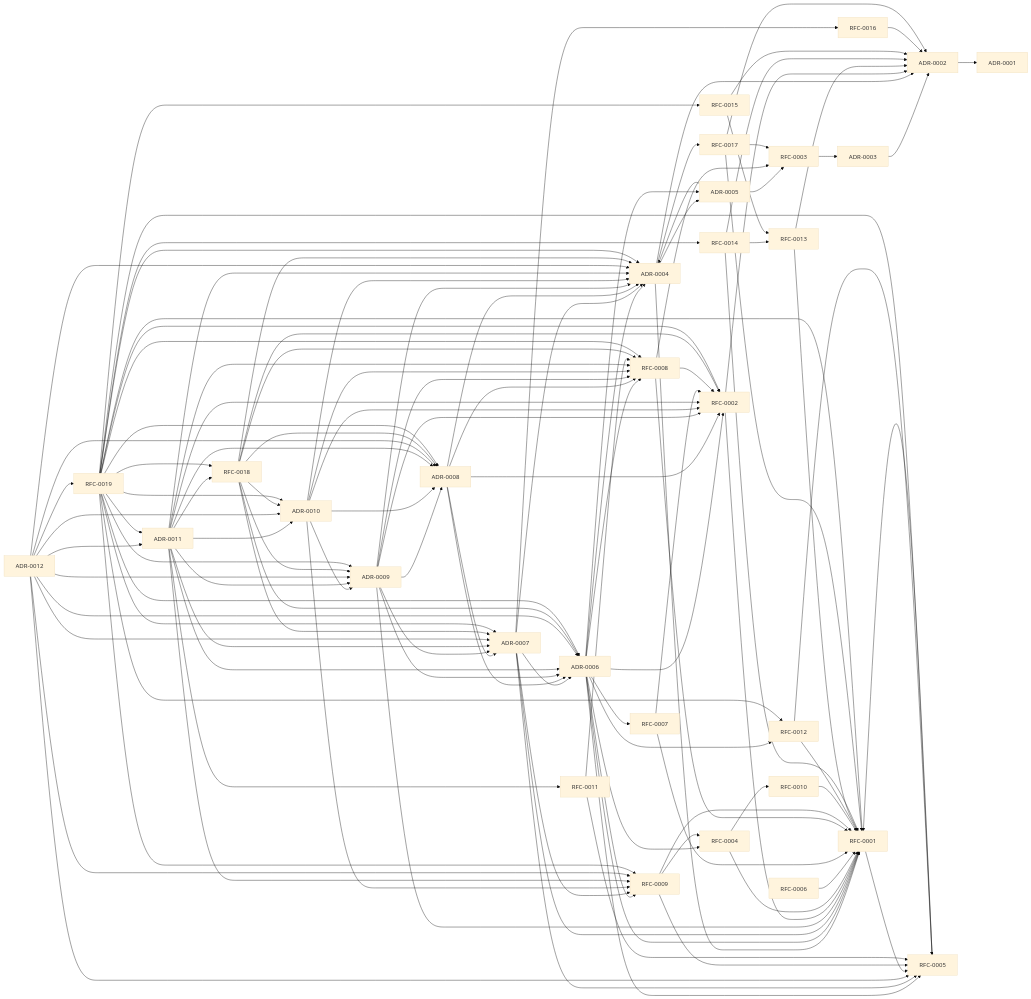
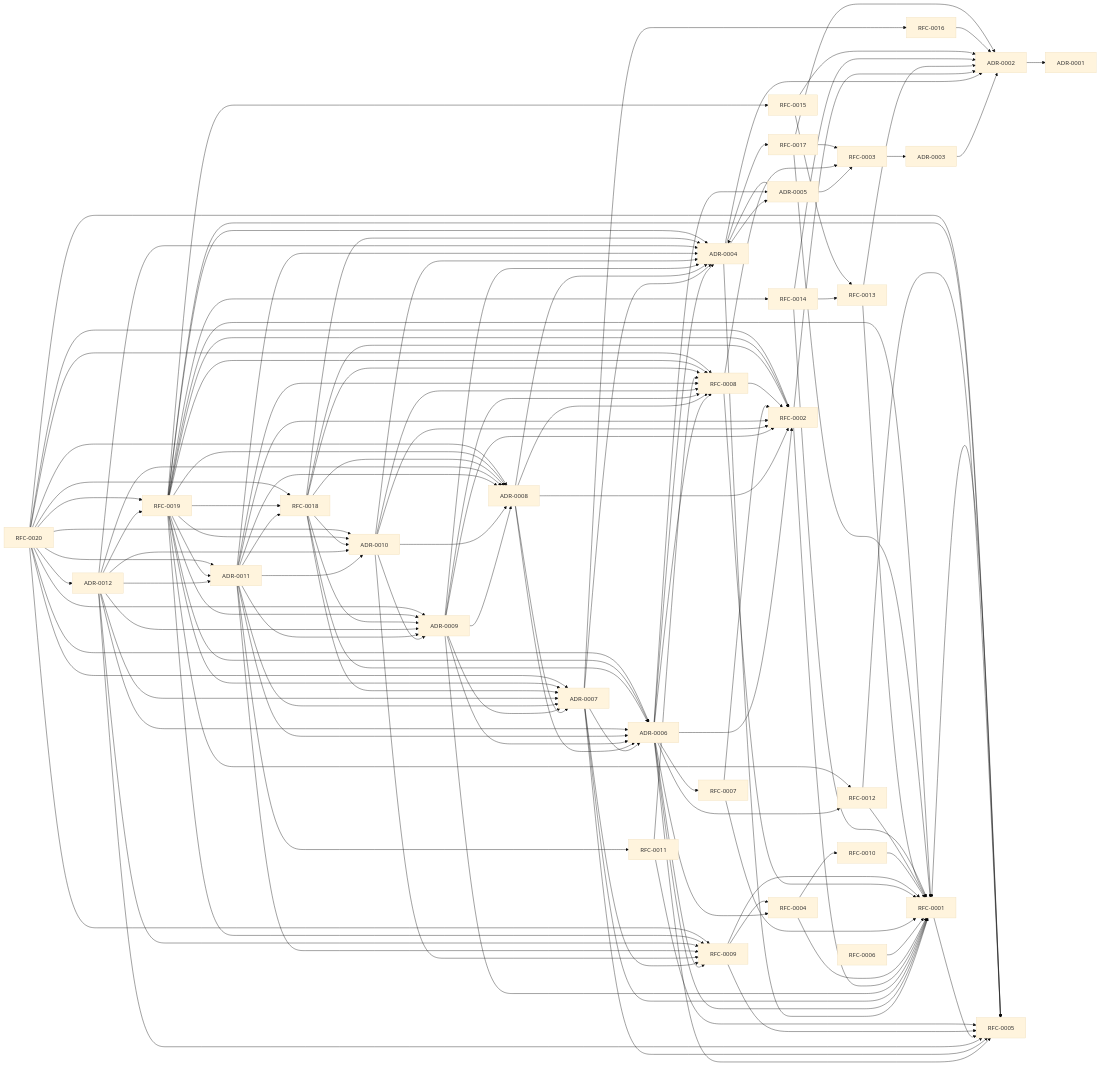
Before and after one commit to brilliantgibrann16/frontier-creative-os: the diagram in docs/derived/DOCUMENT_GRAPH.md, drawn with Mermaid (base theme). The commit also changed other lines of this file, not shown here.

Commit message:
docs(derived): regenerate document graph for RFC-0020

````diff
--- a/docs/derived/DOCUMENT_GRAPH.md
+++ b/docs/derived/DOCUMENT_GRAPH.md
@@ -108,6 +109,7 @@
   RFC0017["RFC-0017"]
   RFC0018["RFC-0018"]
   RFC0019["RFC-0019"]
+  RFC0020["RFC-0020"]
   ADR0002 --> ADR0001
   ADR0003 --> ADR0002
   ADR0004 --> ADR0002
@@ -227,4 +229,17 @@
   RFC0019 --> RFC0014
   RFC0019 --> RFC0015
   RFC0019 --> RFC0018
+  RFC0020 --> ADR0006
+  RFC0020 --> ADR0007
+  RFC0020 --> ADR0008
+  RFC0020 --> ADR0009
+  RFC0020 --> ADR0010
+  RFC0020 --> ADR0011
+  RFC0020 --> ADR0012
+  RFC0020 --> RFC0002
+  RFC0020 --> RFC0005
+  RFC0020 --> RFC0008
+  RFC0020 --> RFC0009
+  RFC0020 --> RFC0018
+  RFC0020 --> RFC0019
 ```
````
